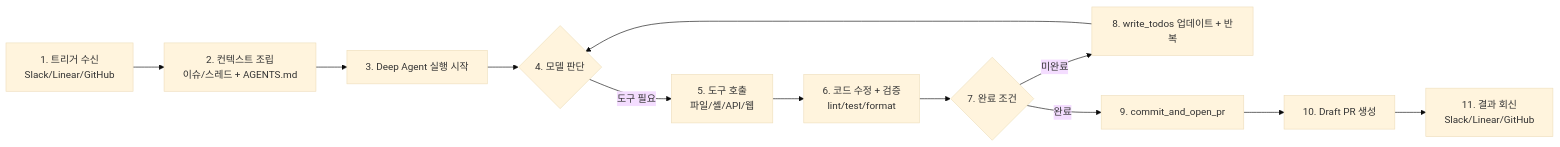
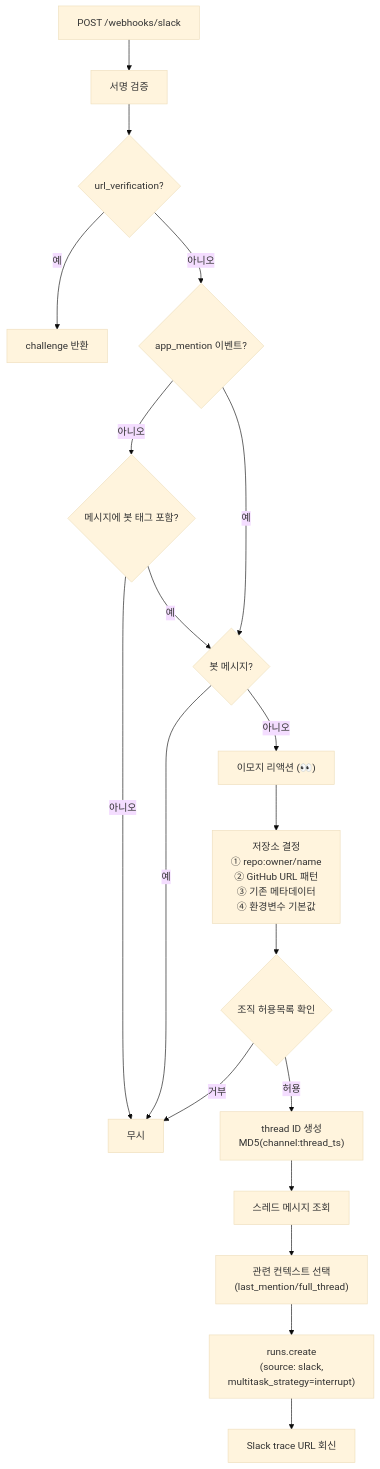
Before and after one commit to kimchanhyung98/agentic-workflows: the fourth of 9 diagrams in docs/open-swe/00-diagram.md, drawn with Mermaid (base theme). The commit also changed other lines of this file and 2 other files, not shown here.

First line of the commit message:
docs: expand Open SWE docs with architecture diagrams

````diff
--- a/docs/open-swe/00-diagram.md
+++ b/docs/open-swe/00-diagram.md
@@ -40,17 +169,23 @@
 ```mermaid
-flowchart LR
-    A[1. 트리거 수신<br/>Slack/Linear/GitHub] --> B[2. 컨텍스트 조립<br/>이슈/스레드 + AGENTS.md]
-    B --> C[3. Deep Agent 실행 시작]
-    C --> D{4. 모델 판단}
+flowchart TD
+    A["POST /webhooks/slack"] --> B["서명 검증"]
+    B --> C{"url_verification?"}
+    C -->|예| RET["challenge 반환"]
+    C -->|아니오| D{"app_mention 이벤트?"}
+    D -->|아니오| D2{"메시지에 봇 태그 포함?"}
+    D2 -->|아니오| IGN["무시"]
+    D2 -->|예| E
+    D -->|예| E{"봇 메시지?"}
+    E -->|예| IGN
+    E -->|아니오| F["이모지 리액션 (👀)"]
 
-    D -->|도구 필요| E[5. 도구 호출<br/>파일/셸/API/웹]
-    E --> F[6. 코드 수정 + 검증<br/>lint/test/format]
-    F --> G{7. 완료 조건}
+    F --> G["저장소 결정<br/>① repo:owner/name<br/>② GitHub URL 패턴<br/>③ 기존 메타데이터<br/>④ 환경변수 기본값"]
+    G --> H{"조직 허용목록 확인"}
+    H -->|거부| IGN
+    H -->|허용| I["thread ID 생성<br/>MD5(channel:thread_ts)"]
 
-    G -->|미완료| H[8. write_todos 업데이트 + 반복]
-    H --> D
-
-    G -->|완료| I[9. commit_and_open_pr]
-    I --> J[10. Draft PR 생성]
-    J --> K[11. 결과 회신<br/>Slack/Linear/GitHub]
+    I --> J["스레드 메시지 조회"]
+    J --> K["관련 컨텍스트 선택<br/>(last_mention/full_thread)"]
+    K --> L["runs.create<br/>(source: slack,<br/>multitask_strategy=interrupt)"]
+    L --> M["Slack trace URL 회신"]
 ```
````
